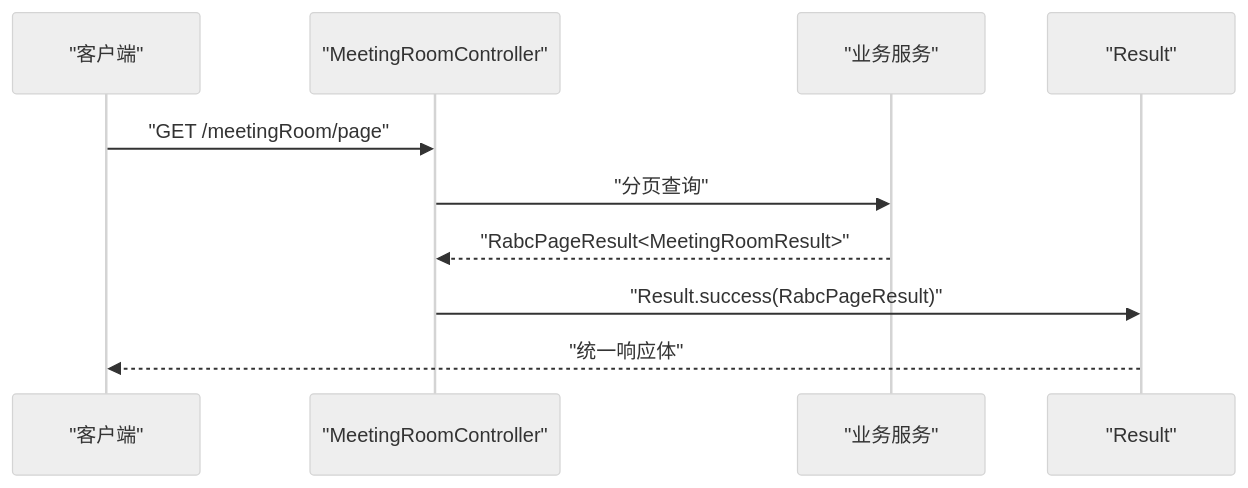
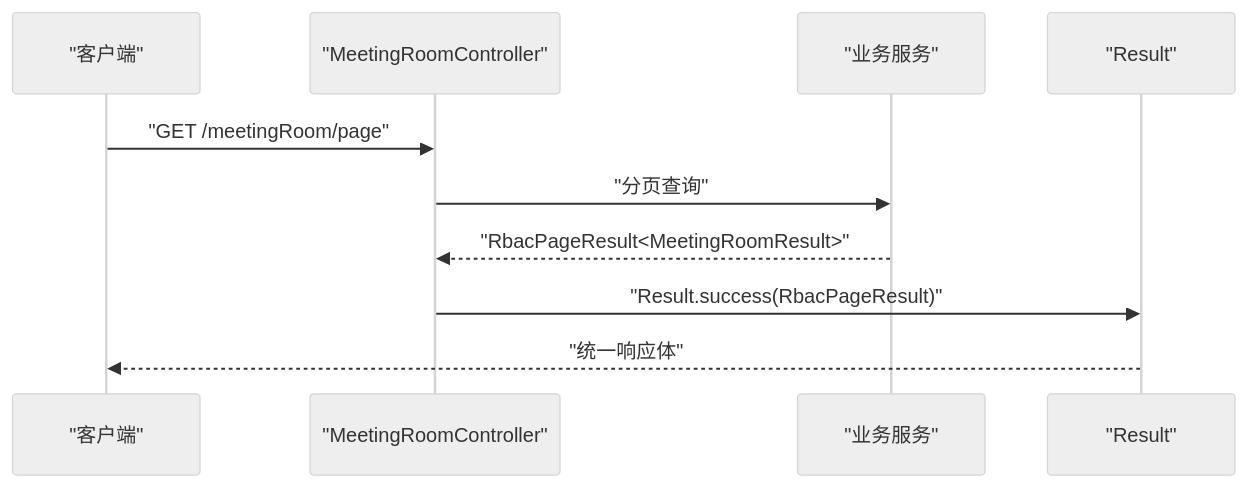
Before and after one commit to LiukewenSC/kewen-framework: the fifth of 7 diagrams in .qoder/repowiki/zh/content/基础模块 (basic)/统一响应格式.md, drawn with Mermaid (neutral theme). The commit also changed other lines of this file and 764 other files, not shown here.

````diff
--- a/.qoder/repowiki/zh/content/基础模块 (basic)/统一响应格式.md
+++ b/.qoder/repowiki/zh/content/基础模块 (basic)/统一响应格式.md
@@ -181,12 +181,12 @@
 ```mermaid
 sequenceDiagram
 participant Client as "客户端"
 participant Ctrl as "MeetingRoomController"
 participant Svc as "业务服务"
 participant Res as "Result"
 Client->>Ctrl : "GET /meetingRoom/page"
 Ctrl->>Svc : "分页查询"
-Svc-->>Ctrl : "RabcPageResult<MeetingRoomResult>"
-Ctrl->>Res : "Result.success(RabcPageResult)"
+Svc-->>Ctrl : "RbacPageResult<MeetingRoomResult>"
+Ctrl->>Res : "Result.success(RbacPageResult)"
 Res-->>Client : "统一响应体"
 ```
````
